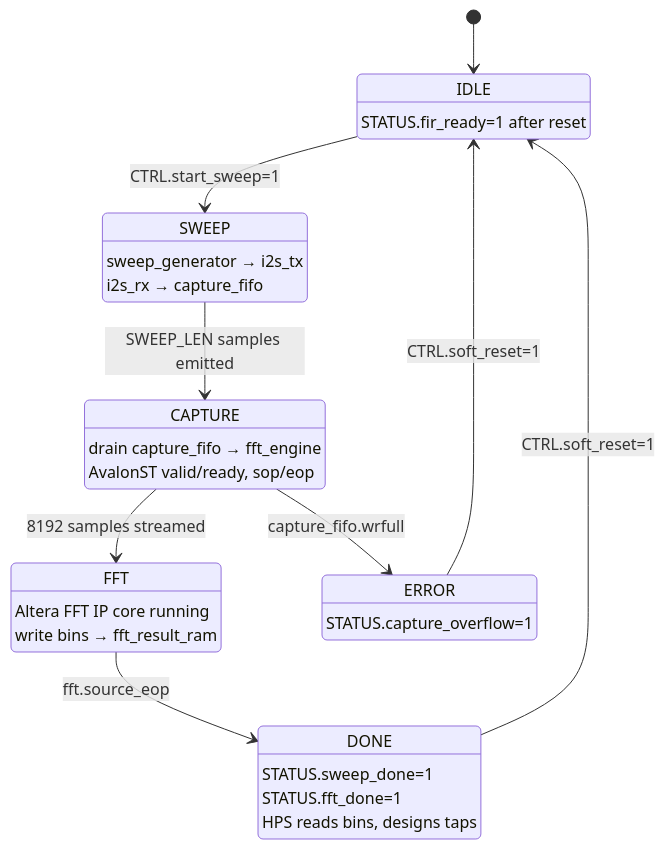
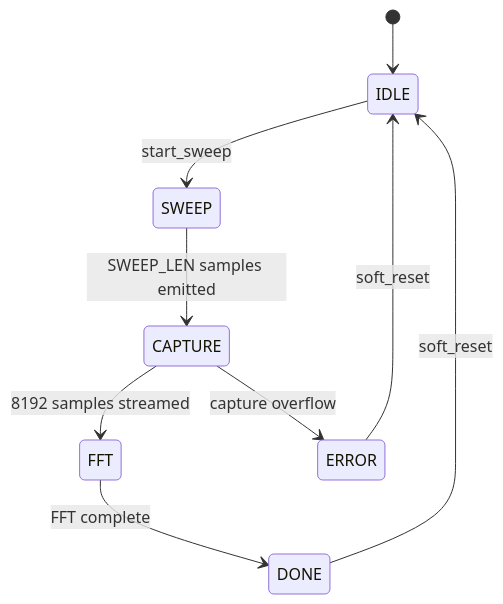
The third of 3 diagrams in docs/design.md (cscaff/Embedded-Real-Time-Room-EQ-Correction), drawn with Mermaid before and after one commit. The commit also changed other lines of this file, not shown here.

````diff
--- a/docs/design.md
+++ b/docs/design.md
@@ -194,34 +178,11 @@
 ```mermaid
 stateDiagram-v2
   [*] --> IDLE
-
-  IDLE: IDLE
-  IDLE: STATUS.fir_ready=1 after reset
-  IDLE --> SWEEP: CTRL.start_sweep=1
-
-  SWEEP: SWEEP
-  SWEEP: sweep_generator → i2s_tx
-  SWEEP: i2s_rx → capture_fifo
+  IDLE --> SWEEP: start_sweep
   SWEEP --> CAPTURE: SWEEP_LEN samples emitted
-
-  CAPTURE: CAPTURE
-  CAPTURE: drain capture_fifo → fft_engine
-  CAPTURE: AvalonST valid/ready, sop/eop
   CAPTURE --> FFT: 8192 samples streamed
-  CAPTURE --> ERROR: capture_fifo.wrfull
-
-  FFT: FFT
-  FFT: Altera FFT IP core running
-  FFT: write bins → fft_result_ram
-  FFT --> DONE: fft.source_eop
-
-  DONE: DONE
-  DONE: STATUS.sweep_done=1
-  DONE: STATUS.fft_done=1
-  DONE: HPS reads bins, designs taps
-  DONE --> IDLE: CTRL.soft_reset=1
-
-  ERROR: ERROR
-  ERROR: STATUS.capture_overflow=1
-  ERROR --> IDLE: CTRL.soft_reset=1
+  CAPTURE --> ERROR: capture overflow
+  FFT --> DONE: FFT complete
+  DONE --> IDLE: soft_reset
+  ERROR --> IDLE: soft_reset
 ```
````
